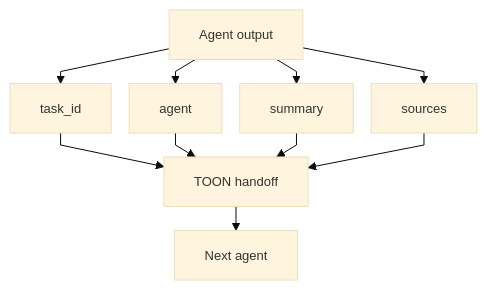
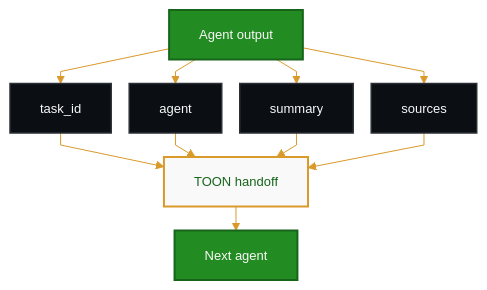
Before and after one commit to Hassaan146/agentic-ai-workflow: the sixth of 10 diagrams in docs/diagrams.md, drawn with Mermaid. The commit also changed other lines of this file, not shown here.

Commit message:
Apply dark luxury Mermaid theme

````diff
--- a/docs/diagrams.md
+++ b/docs/diagrams.md
@@ -144,13 +184,21 @@
 ```mermaid
-%%{init: {'theme': 'base', 'flowchart': {'nodeSpacing': 18, 'rankSpacing': 24, 'curve': 'linear'}, 'themeVariables': {'fontSize': '13px'}}}%%
+%%{init: {'theme': 'base', 'flowchart': {'nodeSpacing': 18, 'rankSpacing': 24, 'curve': 'linear'}, 'themeVariables': {'fontSize': '13px', 'primaryColor': '#228B22', 'primaryTextColor': '#F9F9F9', 'primaryBorderColor': '#16651A', 'lineColor': '#D99A2B', 'secondaryColor': '#F9F9F9', 'secondaryTextColor': '#101418', 'secondaryBorderColor': '#D99A2B', 'tertiaryColor': '#0B0F14', 'tertiaryTextColor': '#F9F9F9', 'tertiaryBorderColor': '#2A2F36', 'background': '#070B10', 'mainBkg': '#228B22', 'secondBkg': '#F9F9F9', 'textColor': '#F9F9F9', 'edgeLabelBackground': '#0B0F14'}}}%%
 flowchart TD
     A["Agent output"] --> B["task_id"]
     A --> C["agent"]
     A --> D["summary"]
     A --> E["sources"]
     B --> F["TOON handoff"]
     C --> F
     D --> F
     E --> F
     F --> G["Next agent"]
+
+    classDef primary fill:#228B22,stroke:#16651A,color:#F9F9F9,stroke-width:2px;
+    classDef dark fill:#0B0F14,stroke:#2A2F36,color:#F9F9F9,stroke-width:1.5px;
+    classDef toon fill:#F9F9F9,stroke:#D99A2B,color:#16651A,stroke-width:2px;
+    classDef decision fill:#F9F9F9,stroke:#D99A2B,color:#101418,stroke-width:2px;
+    class A,G primary;
+    class B,C,D,E dark;
+    class F toon;
 ```
````
